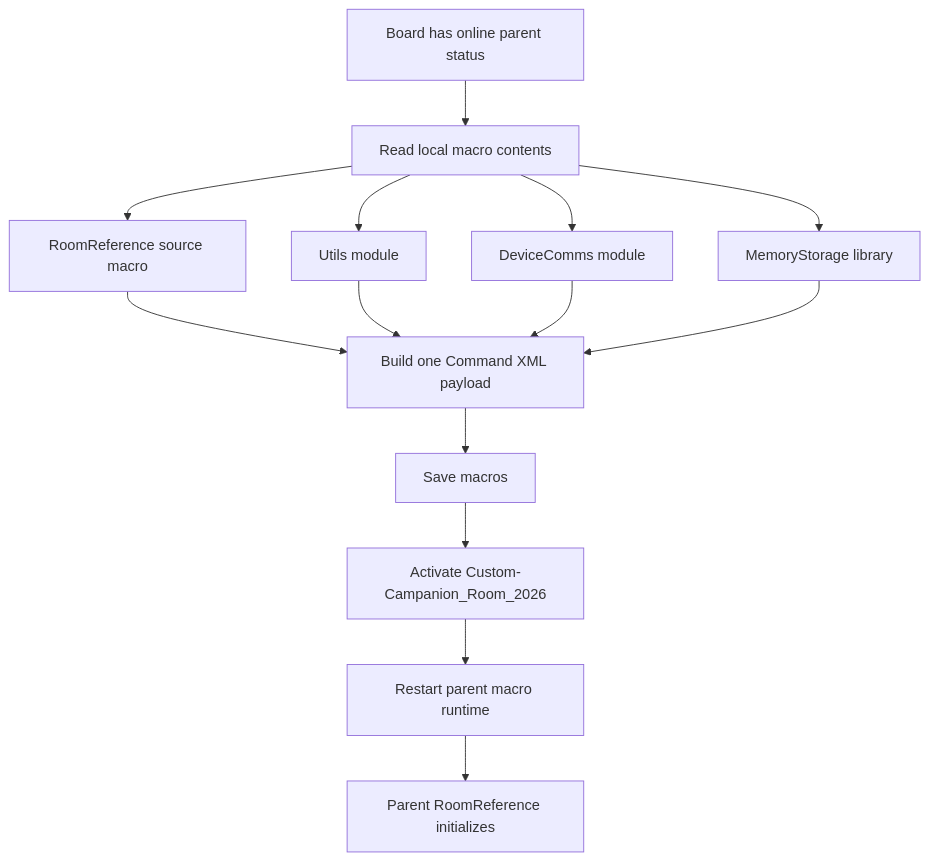
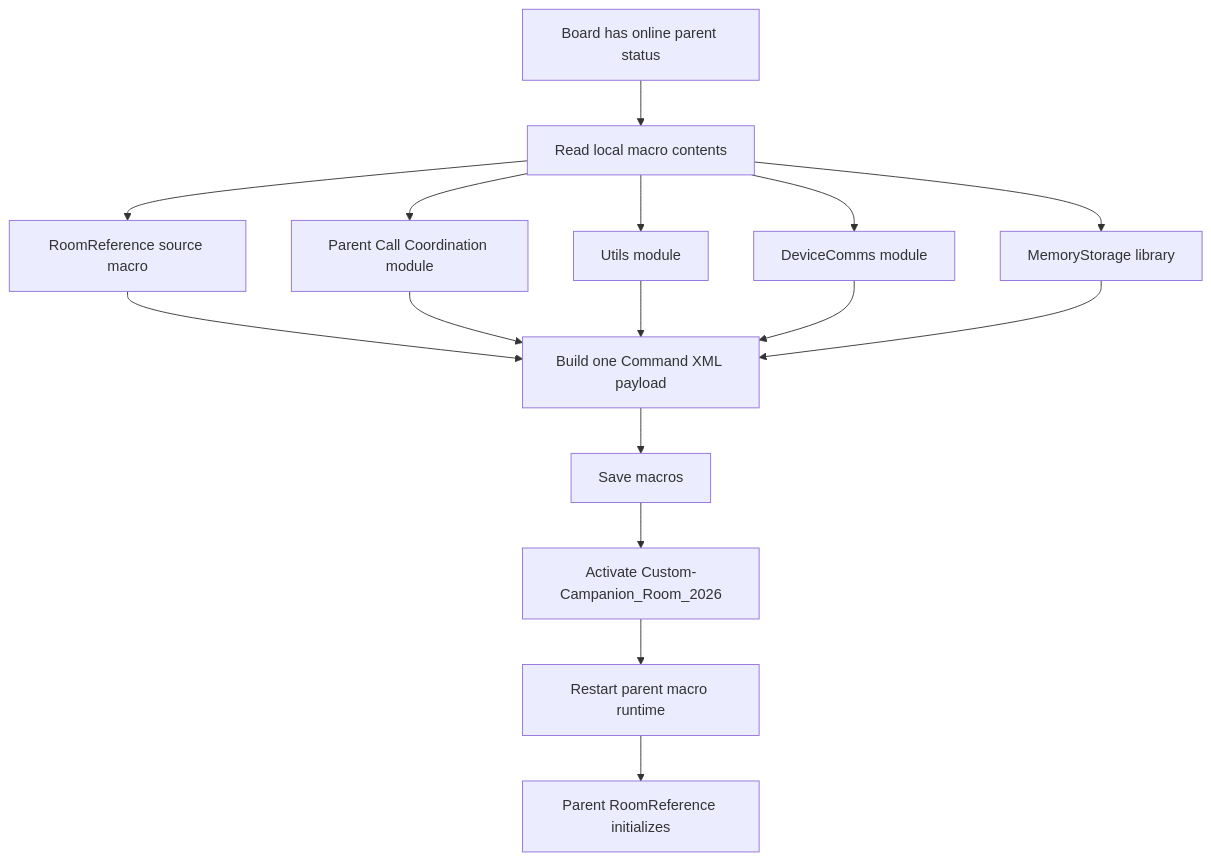
The second of 7 diagrams in README.md (ctg-tme/Custom_Companion_2026), drawn with Mermaid before and after one commit. The commit also changed other lines of this file and 15 other files, not shown here.

Commit message:
Refactor runtime into domain macros

````diff
--- a/README.md
+++ b/README.md
@@ -51,16 +73,18 @@
 ```mermaid
 flowchart TD
 	A[Board has online parent status] --> B[Read local macro contents]
 	B --> C[RoomReference source macro]
-	B --> D[Utils module]
-	B --> E[DeviceComms module]
-	B --> F[MemoryStorage library]
-	C --> G[Build one Command XML payload]
-	D --> G
-	E --> G
-	F --> G
-	G --> H[Save macros]
-	H --> I[Activate Custom-Campanion_Room_2026]
-	I --> J[Restart parent macro runtime]
-	J --> K[Parent RoomReference initializes]
+	B --> D[Parent Call Coordination module]
+	B --> E[Utils module]
+	B --> F[DeviceComms module]
+	B --> G[MemoryStorage library]
+	C --> H[Build one Command XML payload]
+	D --> H
+	E --> H
+	F --> H
+	G --> H
+	H --> I[Save macros]
+	I --> J[Activate Custom-Campanion_Room_2026]
+	J --> K[Restart parent macro runtime]
+	K --> L[Parent RoomReference initializes]
 ```
````
